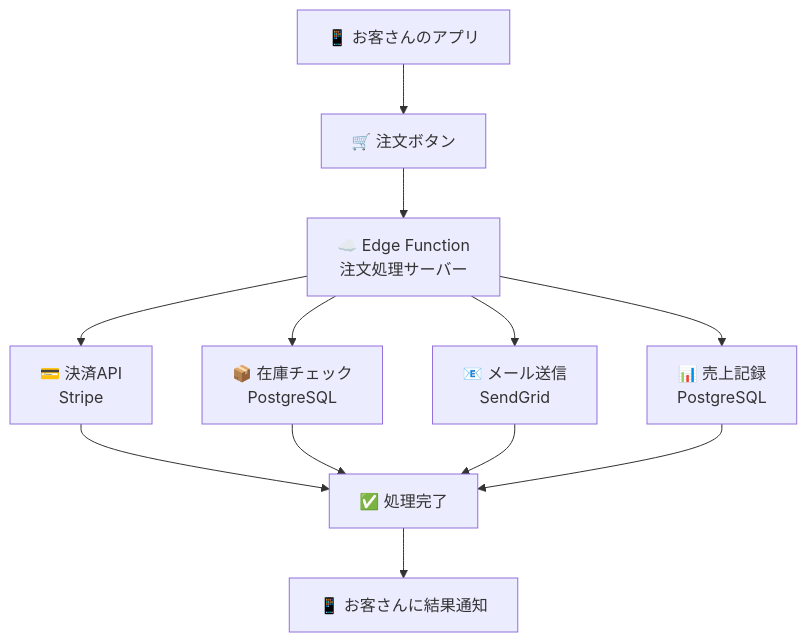
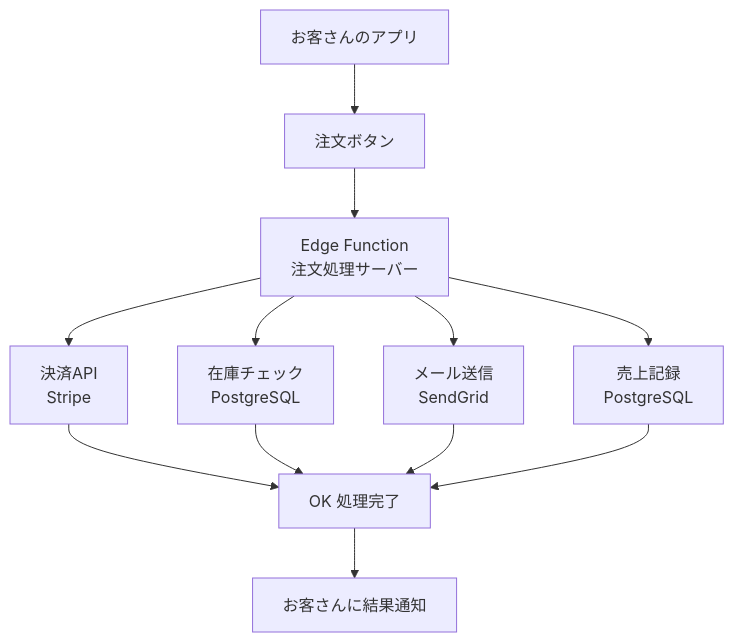
The first of 2 diagrams in docs/chapters/chapter04/index.md (itdojp/supabase-architecture-patterns-book), drawn with Mermaid before and after one commit. The commit also changed other lines of this file and 49 other files, not shown here.

````diff
--- a/docs/chapters/chapter04/index.md
+++ b/docs/chapters/chapter04/index.md
@@ -70,16 +70,16 @@
 ```mermaid
 flowchart TD
-    A[📱 お客さんのアプリ] --> B[🛒 注文ボタン]
-    B --> C[☁️ Edge Function<br/>注文処理サーバー]
+    A[ お客さんのアプリ] --> B[ 注文ボタン]
+    B --> C[ Edge Function<br/>注文処理サーバー]
     
-    C --> D[💳 決済API<br/>Stripe]
-    C --> E[📦 在庫チェック<br/>PostgreSQL]
-    C --> F[📧 メール送信<br/>SendGrid]
-    C --> G[📊 売上記録<br/>PostgreSQL]
+    C --> D[ 決済API<br/>Stripe]
+    C --> E[ 在庫チェック<br/>PostgreSQL]
+    C --> F[ メール送信<br/>SendGrid]
+    C --> G[ 売上記録<br/>PostgreSQL]
     
-    D --> H[✅ 処理完了]
+    D --> H[OK 処理完了]
     E --> H
     F --> H
     G --> H
-    H --> I[📱 お客さんに結果通知]
+    H --> I[ お客さんに結果通知]
 ```
````
